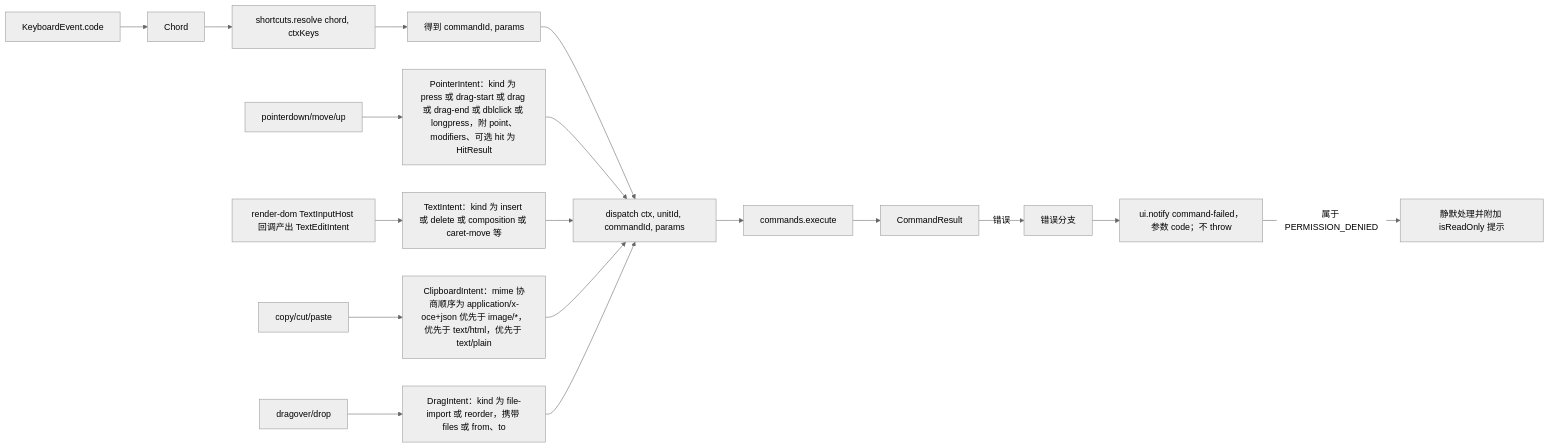
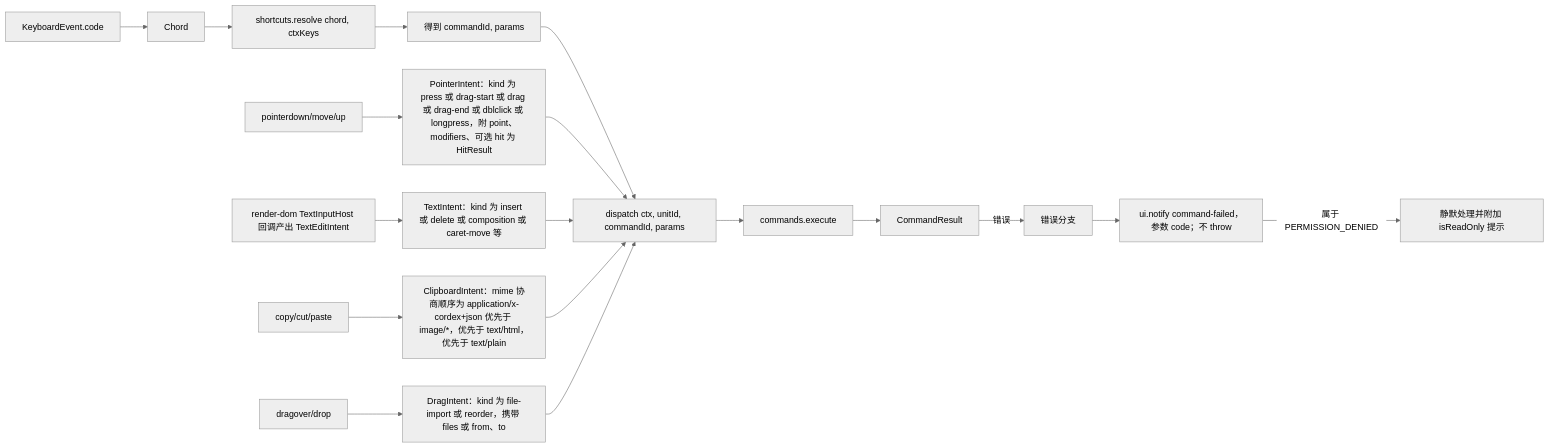
One commit to Xeonice/cordis-ppt-editor changed the third of 5 diagrams in docs/40-modules/10-ui-shell-and-slide-ui.md. Above: the diagram before and after it, drawn with Mermaid (neutral theme). The commit also changed other lines of this file and 23 other files, not shown here.

````diff
--- a/docs/40-modules/10-ui-shell-and-slide-ui.md
+++ b/docs/40-modules/10-ui-shell-and-slide-ui.md
@@ -146,20 +146,20 @@
 ```mermaid
 flowchart LR
     kbEvt["KeyboardEvent.code"] --> chord["Chord"]
     chord --> shortcutsResolve["shortcuts.resolve chord, ctxKeys"]
     shortcutsResolve --> kbResult["得到 commandId, params"]
     kbResult --> dispatchNode["dispatch ctx, unitId, commandId, params"]
     pointerEvt["pointerdown/move/up"] --> pointerIntent["PointerIntent：kind 为 press 或 drag-start 或 drag 或 drag-end 或 dblclick 或 longpress，附 point、modifiers、可选 hit 为 HitResult"]
     pointerIntent --> dispatchNode
     imeEvt["render-dom TextInputHost 回调产出 TextEditIntent"] --> imeIntent["TextIntent：kind 为 insert 或 delete 或 composition 或 caret-move 等"]
     imeIntent --> dispatchNode
-    clipEvt["copy/cut/paste"] --> clipIntent["ClipboardIntent：mime 协商顺序为 application/x-oce+json 优先于 image/*，优先于 text/html，优先于 text/plain"]
+    clipEvt["copy/cut/paste"] --> clipIntent["ClipboardIntent：mime 协商顺序为 application/x-cordex+json 优先于 image/*，优先于 text/html，优先于 text/plain"]
     clipIntent --> dispatchNode
     dragEvt["dragover/drop"] --> dragIntent["DragIntent：kind 为 file-import 或 reorder，携带 files 或 from、to"]
     dragIntent --> dispatchNode
     dispatchNode --> execNode["commands.execute"]
     execNode --> resultNode["CommandResult"]
     resultNode -- "错误" --> errNode["错误分支"]
     errNode --> notifyNode["ui.notify command-failed，参数 code；不 throw"]
     notifyNode -- "属于 PERMISSION_DENIED" --> permNode["静默处理并附加 isReadOnly 提示"]
 ```
````
